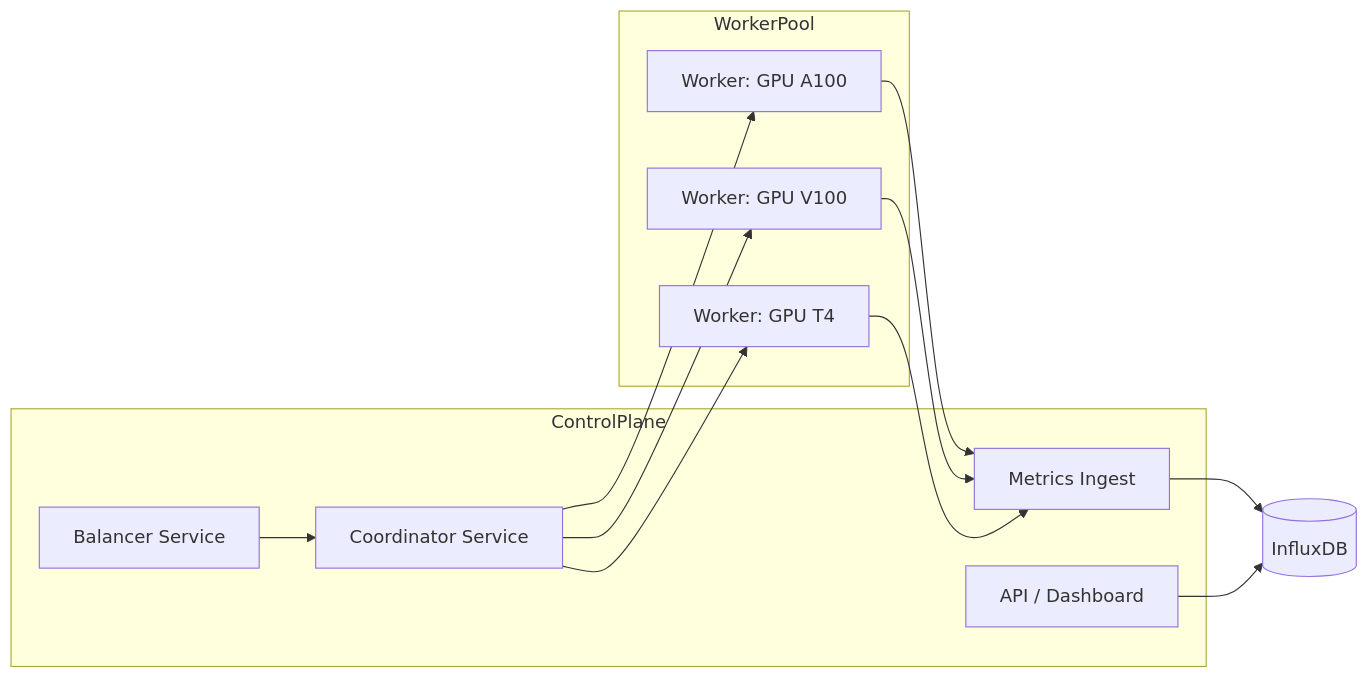
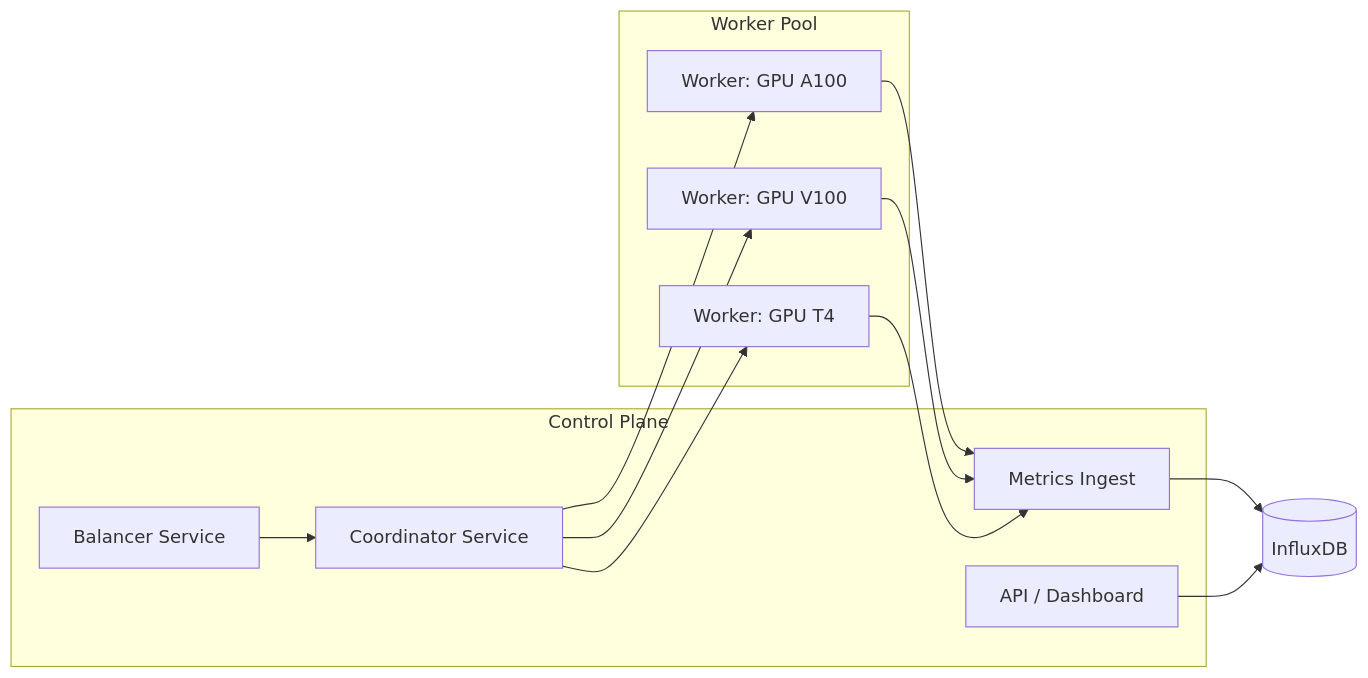
Before and after one commit to kri2060/A-performance-profiler-and-scheduler-for-efficient-training-on-heterogeneous-clusters: the third of 3 diagrams in README.md, drawn with Mermaid. The commit also changed other lines of this file and 193 other files, not shown here.

````diff
--- a/README.md
+++ b/README.md
@@ -147,25 +149,25 @@
 ```mermaid
 graph LR
-  subgraph ControlPlane
-    A[Coordinator Service]
-    B[Balancer Service]
-    C[Metrics Ingest]
-    D[API / Dashboard]
+  subgraph ControlPlane ["Control Plane"]
+    A["Coordinator Service"]
+    B["Balancer Service"]
+    C["Metrics Ingest"]
+    D["API / Dashboard"]
   end
 
-  subgraph WorkerPool
-    W1[Worker: GPU A100]
-    W2[Worker: GPU V100]
-    W3[Worker: GPU T4]
+  subgraph WorkerPool ["Worker Pool"]
+    W1["Worker: GPU A100"]
+    W2["Worker: GPU V100"]
+    W3["Worker: GPU T4"]
   end
 
   A --> W1
   A --> W2
   A --> W3
   W1 --> C
   W2 --> C
   W3 --> C
-  C --> DB[(InfluxDB)]
+  C --> DB[("InfluxDB")]
   D --> DB
   B --> A
 ```
````
